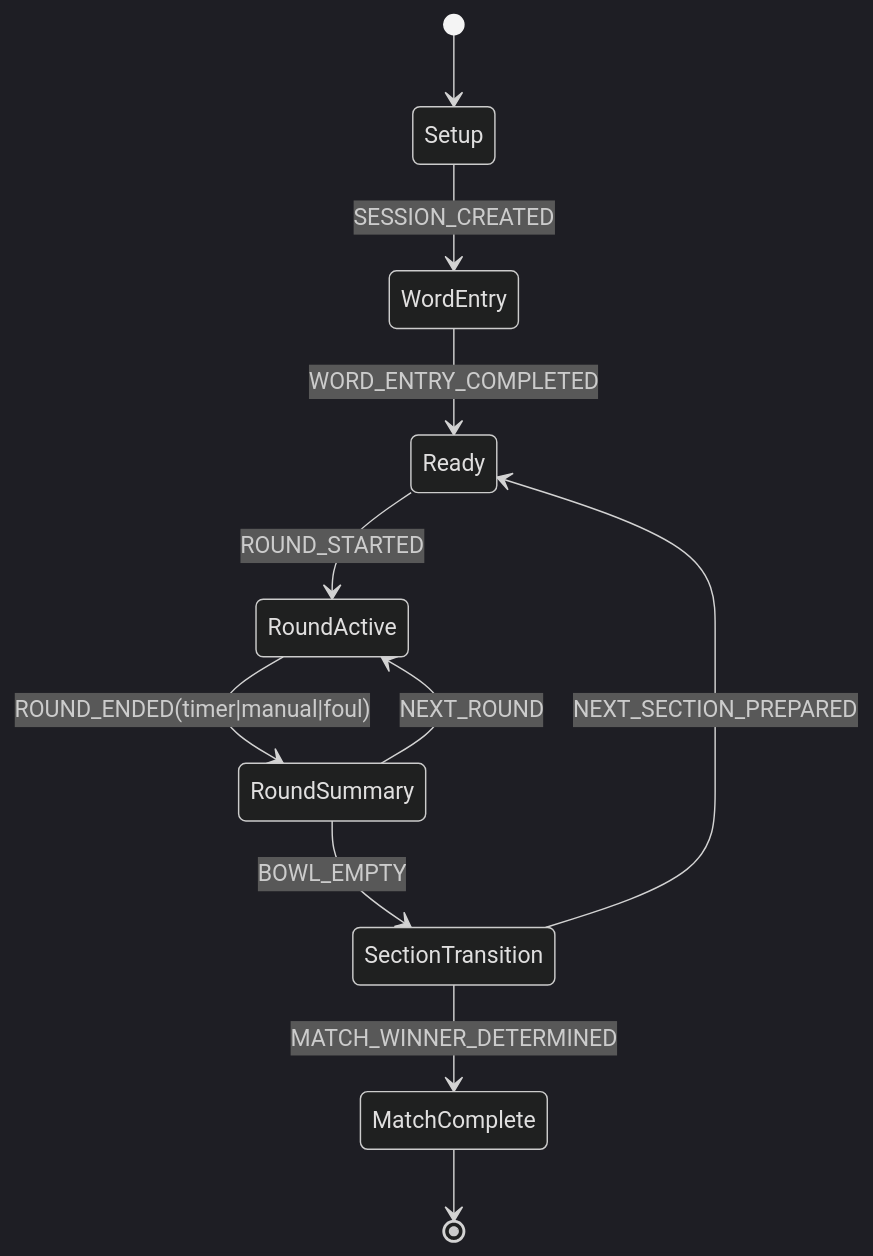
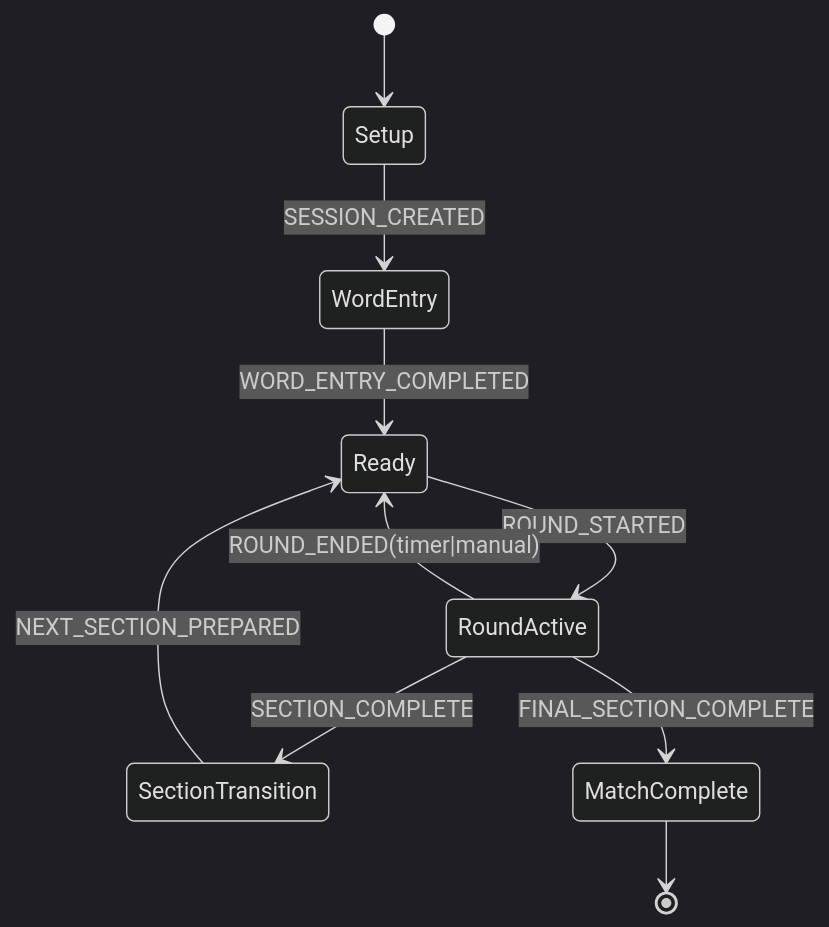
Before and after one commit to Pablo-Goros/bowl: the diagram in docs/SPRINT_0_1_RULES_MODEL.md, drawn with Mermaid (dark theme). The commit also changed other lines of this file and 19 other files, not shown here.

Commit message:
Align round flow docs and engine with current gameplay

````diff
--- a/docs/SPRINT_0_1_RULES_MODEL.md
+++ b/docs/SPRINT_0_1_RULES_MODEL.md
@@ -107,16 +105,15 @@
 ```mermaid
 stateDiagram-v2
   [*] --> Setup
   Setup --> WordEntry: SESSION_CREATED
   WordEntry --> Ready: WORD_ENTRY_COMPLETED
   Ready --> RoundActive: ROUND_STARTED
 
-  RoundActive --> RoundSummary: ROUND_ENDED(timer|manual|foul)
-  RoundSummary --> SectionTransition: BOWL_EMPTY
-  RoundSummary --> RoundActive: NEXT_ROUND
+  RoundActive --> Ready: ROUND_ENDED(timer|manual)
+  RoundActive --> SectionTransition: SECTION_COMPLETE
+  RoundActive --> MatchComplete: FINAL_SECTION_COMPLETE
 
   SectionTransition --> Ready: NEXT_SECTION_PREPARED
-  SectionTransition --> MatchComplete: MATCH_WINNER_DETERMINED
 
   MatchComplete --> [*]
 ```
````
